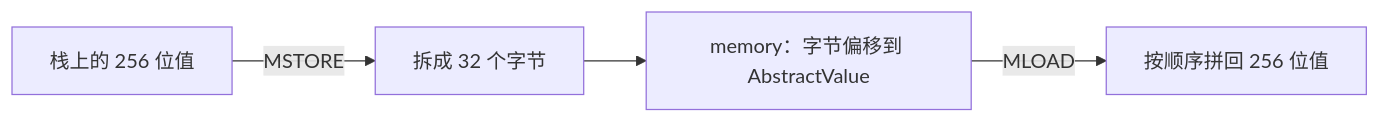
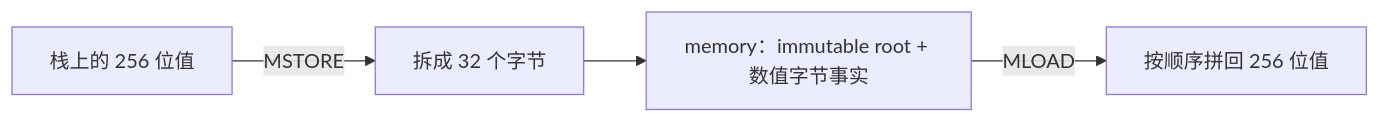
The first of 2 diagrams in docs/14-memory-model.md (ethever/evm-abstract-lab), drawn with Mermaid before and after one commit. The commit also changed other lines of this file and 93 other files, not shown here.

````diff
--- a/docs/14-memory-model.md
+++ b/docs/14-memory-model.md
@@ -76,6 +76,6 @@
 ```mermaid
 flowchart LR
     W["栈上的 256 位值"] -->|MSTORE| B["拆成 32 个字节"]
-    B --> M["memory：字节偏移到 AbstractValue"]
+    B --> M["memory：immutable root + 数值字节事实"]
     M -->|MLOAD| R["按顺序拼回 256 位值"]
 ```
````
